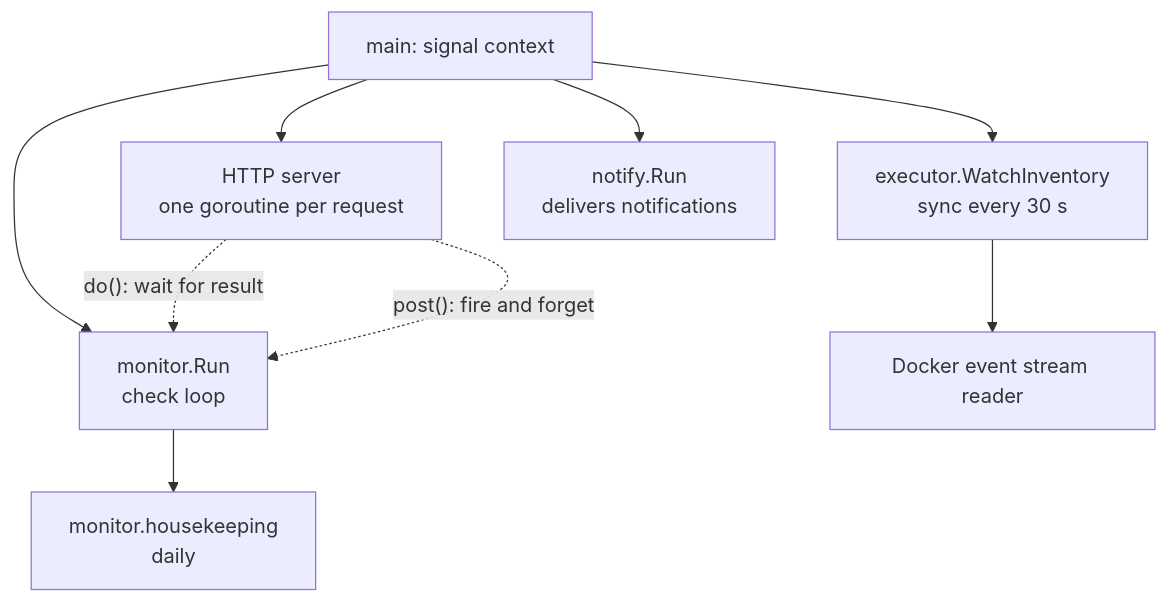
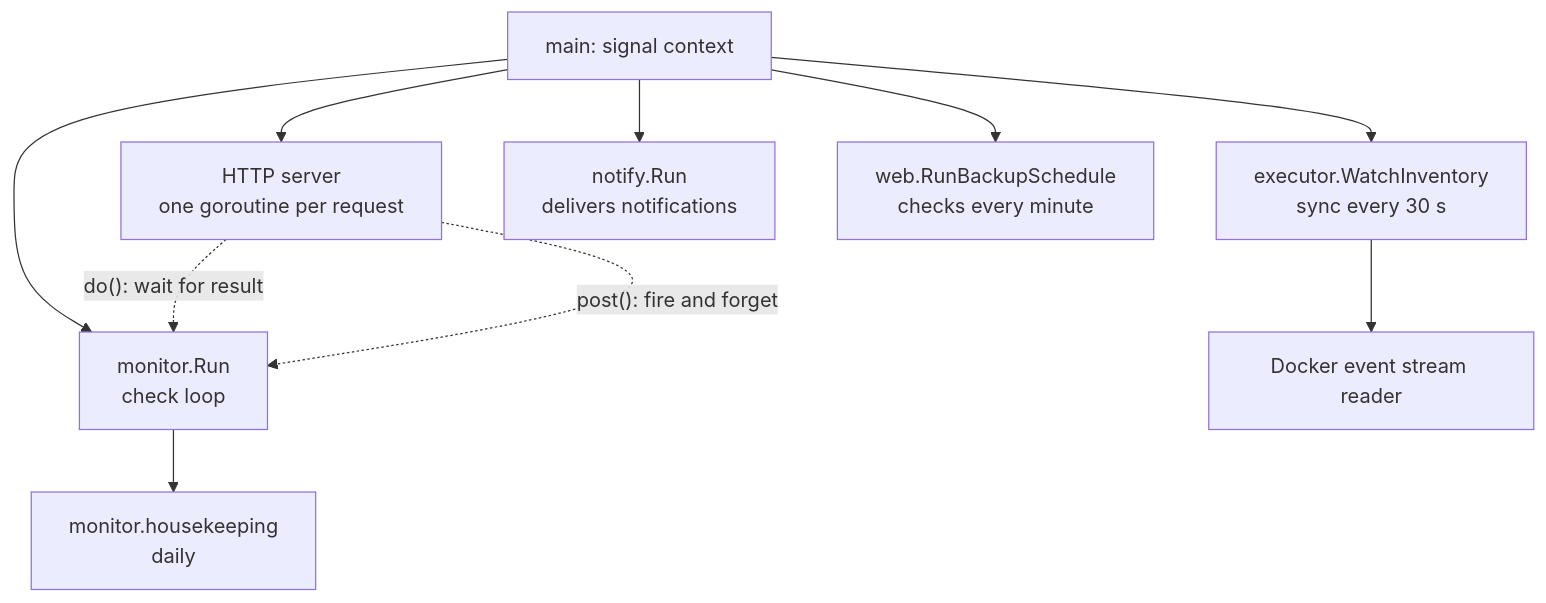
One commit to zjcochran/wan-drawbridge changed the second of 3 diagrams in docs/technical/architecture.md. Above: the diagram before and after it, drawn with Mermaid. The commit also changed other lines of this file and 3 other files, not shown here.

Commit message:
Cover the new features in the README, docs index, architecture and configuration reference

````diff
--- a/docs/technical/architecture.md
+++ b/docs/technical/architecture.md
@@ -76,11 +76,12 @@
 ```mermaid
 flowchart TB
     main[main: signal context] --> http[HTTP server<br/>one goroutine per request]
     main --> loop[monitor.Run<br/>check loop]
     main --> inv[executor.WatchInventory<br/>sync every 30 s]
     inv --> ev[Docker event stream reader]
     loop --> hk[monitor.housekeeping<br/>daily]
     main --> nt[notify.Run<br/>delivers notifications]
+    main --> bs[web.RunBackupSchedule<br/>checks every minute]
     http -. "do(): wait for result" .-> loop
     http -. "post(): fire and forget" .-> loop
 ```
````
